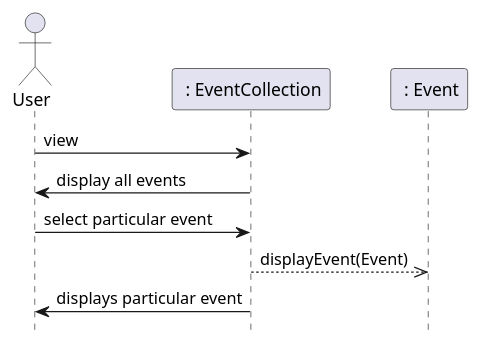
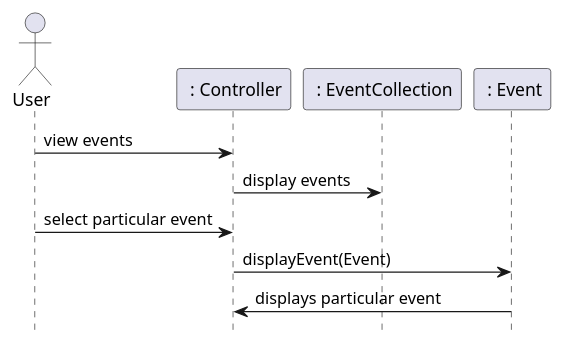
Before and after one commit to seamusgould/WhatsUpApp: the third of 3 diagrams in doc/design.md, drawn with PlantUML. The commit also changed other lines of this file and 1 other file, not shown here.

Commit message:
modified diagrams, added Location class

````diff
--- a/doc/design.md
+++ b/doc/design.md
@@ -82,19 +77,20 @@
 ```plantuml
 @startuml
 hide footbox
 actor User as user
+participant " : Controller" as cont
 participant " : EventCollection" as coll
 participant " : Event" as event
 
-user -> coll: view
+user -> cont: view events
 
-coll -> user: display all events
+cont -> coll: display events
 
-user -> coll: select particular event
+user -> cont: select particular event
 
-coll -->> event: displayEvent(Event)
+cont -> event: displayEvent(Event)
 
-coll -> user: displays particular event 
+event -> cont: displays particular event 
 
 @enduml
 ```
````
